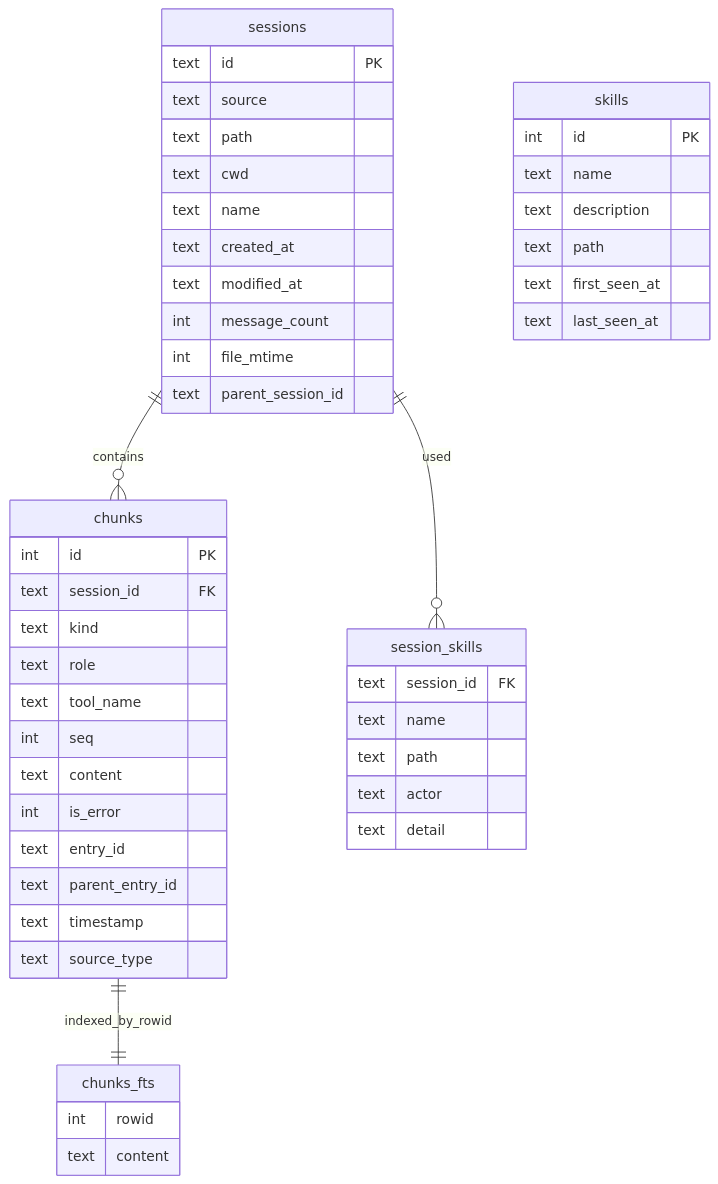
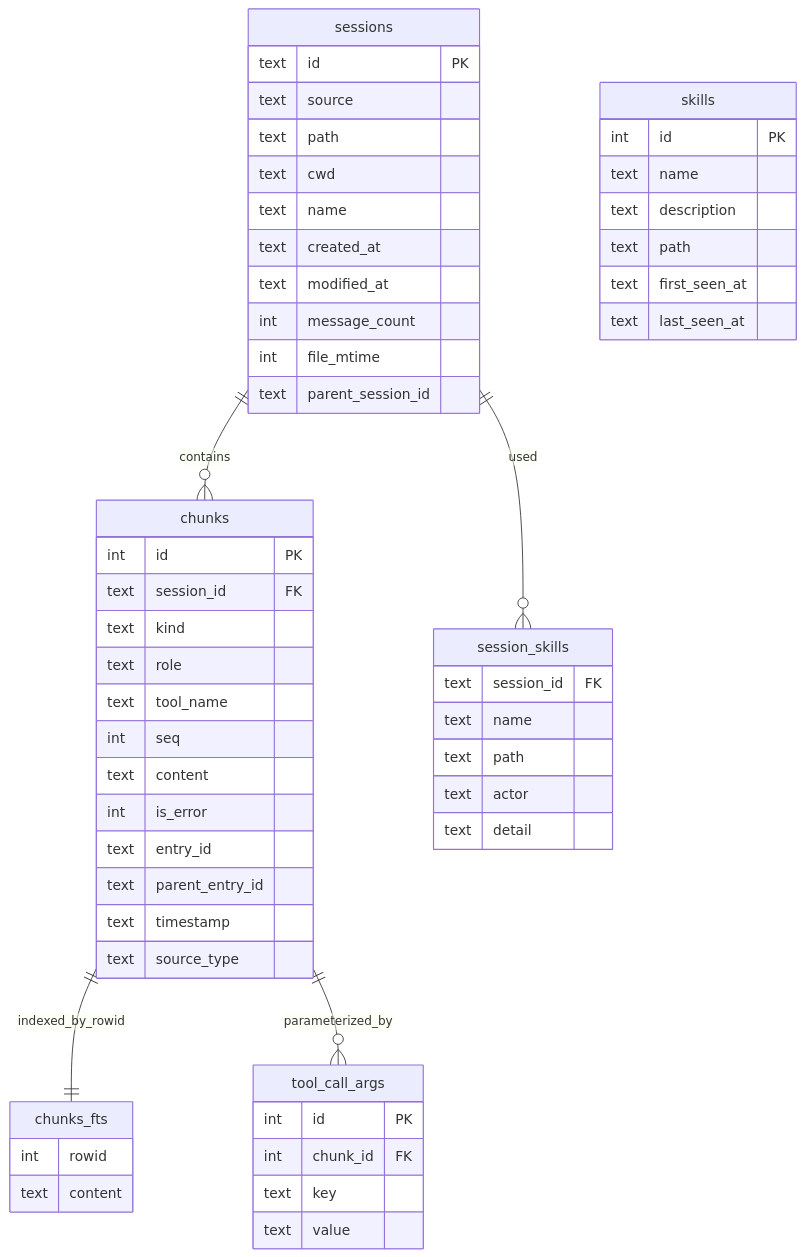
One commit to aliou/sesame changed the second of 2 diagrams in docs/indexing.md. Above: the diagram before and after it, drawn with Mermaid. The commit also changed other lines of this file and 14 other files, not shown here.

First line of the commit message:
feat: search sessions by tool call parameters

````diff
--- a/docs/indexing.md
+++ b/docs/indexing.md
@@ -168,56 +170,64 @@
 ```mermaid
 erDiagram
   sessions ||--o{ chunks : contains
   sessions ||--o{ session_skills : used
   chunks ||--|| chunks_fts : indexed_by_rowid
+  chunks ||--o{ tool_call_args : parameterized_by
 
   sessions {
     text id PK
     text source
     text path
     text cwd
     text name
     text created_at
     text modified_at
     int message_count
     int file_mtime
     text parent_session_id
   }
 
   chunks {
     int id PK
     text session_id FK
     text kind
     text role
     text tool_name
     int seq
     text content
     int is_error
     text entry_id
     text parent_entry_id
     text timestamp
     text source_type
   }
 
   session_skills {
     text session_id FK
     text name
     text path
     text actor
     text detail
   }
 
   skills {
     int id PK
     text name
     text description
     text path
     text first_seen_at
     text last_seen_at
   }
 
+  tool_call_args {
+    int id PK
+    int chunk_id FK
+    text key
+    text value
+  }
+
   chunks_fts {
     int rowid
     text content
   }
 ```
````
